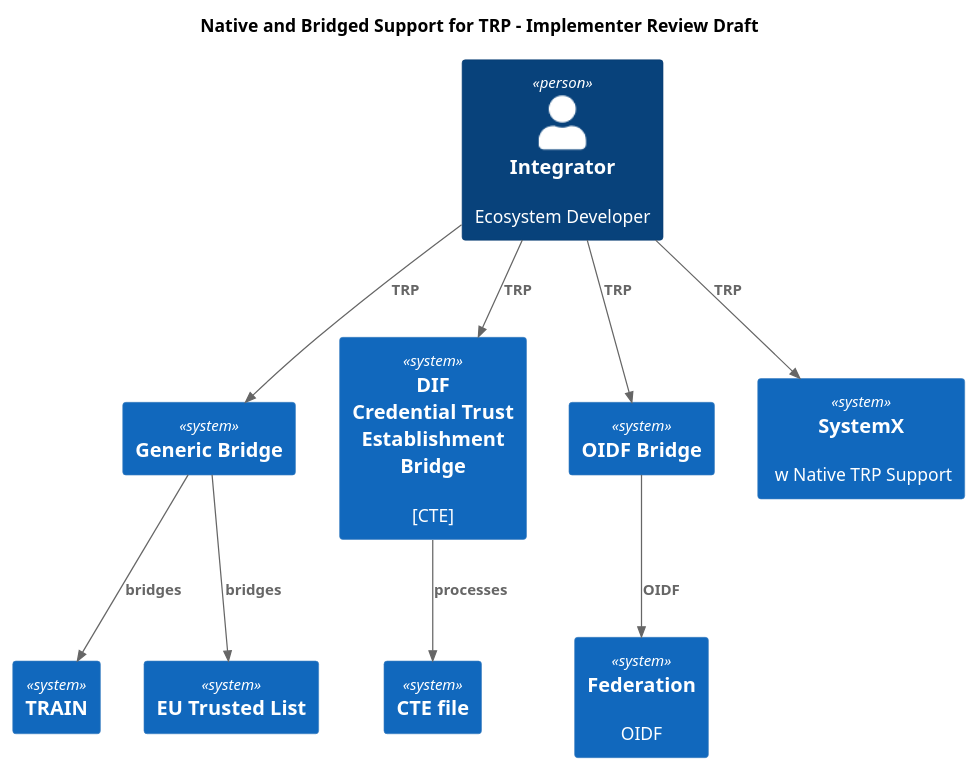
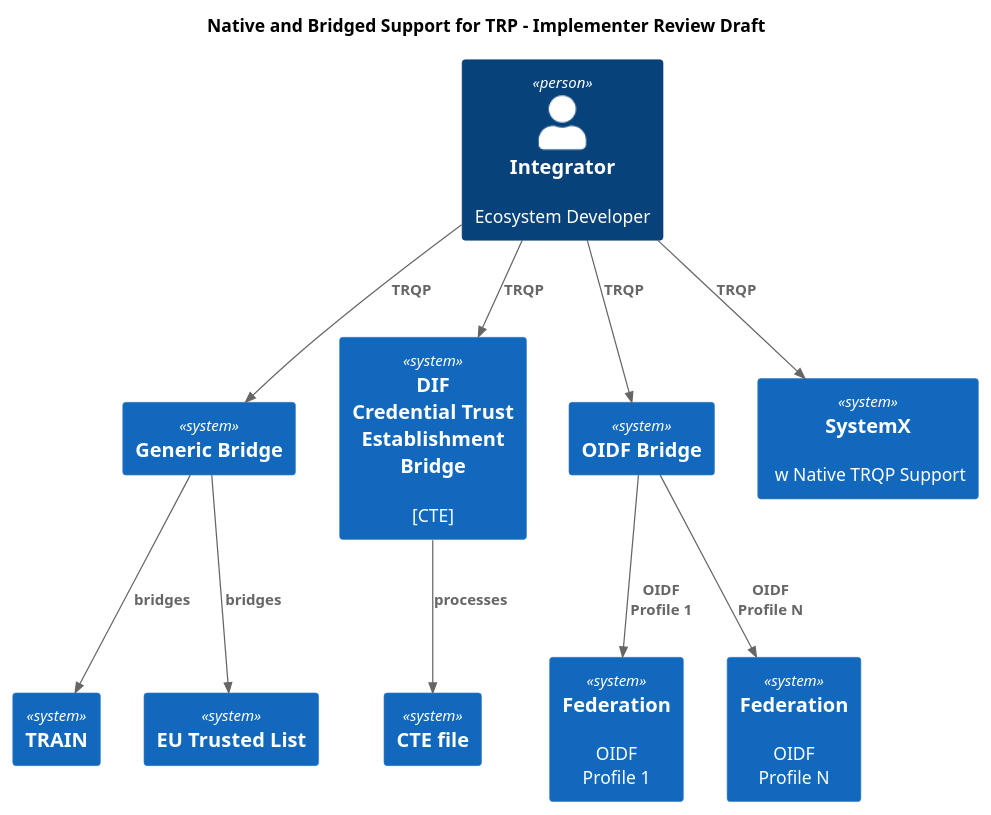
The diagram in diagrams/protocol-bridging.plantuml (trustoverip/tswg-trust-registry-protocol), drawn with PlantUML before and after one commit. The commit also changed 1 other file, not shown here.

Commit message:
+OIDF profiles; TRP->TRQP

```diff
--- a/diagrams/protocol-bridging.plantuml
+++ b/diagrams/protocol-bridging.plantuml
@@ -1,50 +1,50 @@
 @startuml
 !include https://raw.githubusercontent.com/plantuml-stdlib/C4-PlantUML/master/C4_Context.puml
 ' uncomment the following line and comment the first to use locally
 ' !include C4_Context.puml
 
 
 title Native and Bridged Support for TRP - Implementer Review Draft
 
 Person(Integrator, "Integrator", "Ecosystem Developer")
 
 System(Bridge, "Generic Bridge")
 System(teBridge, "DIF \n Credential Trust Establishment \nBridge","[CTE]")
 
 System(oidcBridge, "OIDF Bridge")
-System(oidfData,"Federation","OIDF")
-
-Rel(Integrator, oidcBridge,"TRP")
-Rel(oidcBridge,oidfData,"OIDF")
-
+System(oidfData,"Federation","OIDF\nProfile 1")
+System(oidfDataN,"Federation","OIDF\nProfile N")
+Rel(Integrator, oidcBridge,"TRQP")
+Rel(oidcBridge,oidfData,"OIDF\nProfile 1")
+Rel(oidcBridge,oidfDataN,"OIDF\nProfile N")
 
 System(TRAIN, "TRAIN") 
 Rel(Bridge, TRAIN,"bridges")
 
 
 
 System(EUTrustedList, "EU Trusted List")
-System(NativeSupport, "SystemX"," w Native TRP Support")
+System(NativeSupport, "SystemX"," w Native TRQP Support")
 
 
 
 System(teFile, "CTE file")
 
 Rel(teBridge, teFile,"processes")
 
-Rel(Integrator, Bridge, "TRP")
-Rel(Integrator, teBridge, "TRP")
+Rel(Integrator, Bridge, "TRQP")
+Rel(Integrator, teBridge, "TRQP")
 
 
 Rel(Bridge, EUTrustedList, "bridges")
 
 
 ' System(OpenDataBridge, "OpenData Bridge")
 ' Rel(Integrator, OpenDataBridge,"TRP")
 ' Rel(OpenDataBridge,NativeSupport,"ODPS")
 
-Rel(Integrator, NativeSupport,"TRP")
+Rel(Integrator, NativeSupport,"TRQP")
 
 
 
 @enduml 
```
